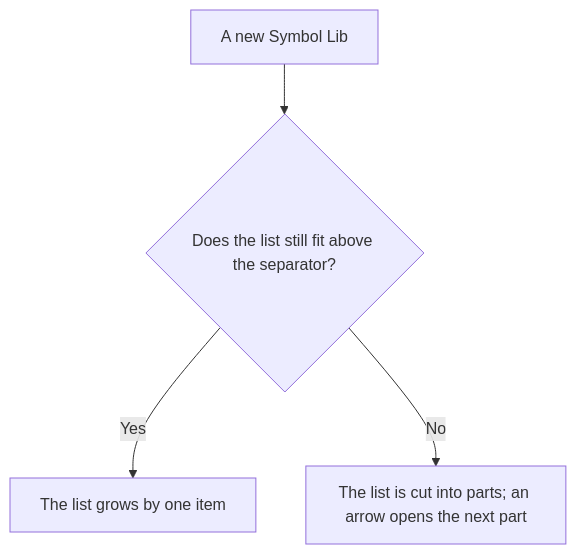
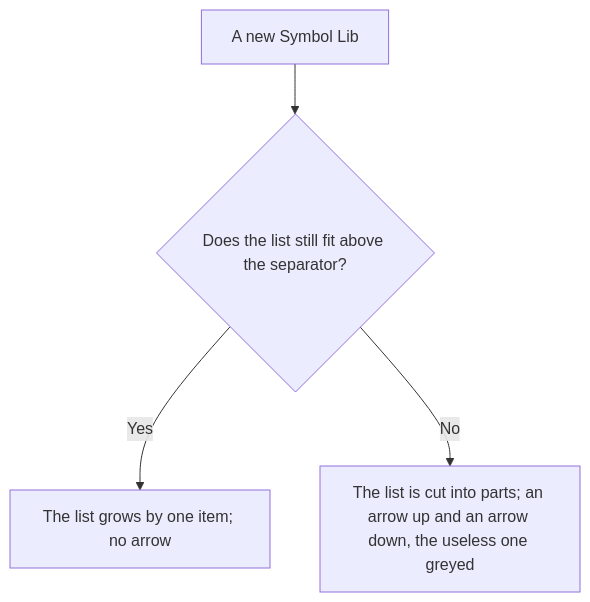
Before and after one commit to AlexandreGallais/synoptic-studio-spec: the second of 5 diagrams in symbols/01-libraries-and-symbols.md, drawn with Mermaid. The commit also changed other lines of this file and 8 other files, not shown here.

````diff
--- a/symbols/01-libraries-and-symbols.md
+++ b/symbols/01-libraries-and-symbols.md
@@ -55,6 +58,6 @@
 ```mermaid
 flowchart TD
     A["A new Symbol Lib"] --> B{"Does the list still fit above the separator?"}
-    B -- "Yes" --> C["The list grows by one item"]
-    B -- "No" --> D["The list is cut into parts; an arrow opens the next part"]
+    B -- "Yes" --> C["The list grows by one item; no arrow"]
+    B -- "No" --> D["The list is cut into parts; an arrow up and an arrow down, the useless one greyed"]
 ```
````
